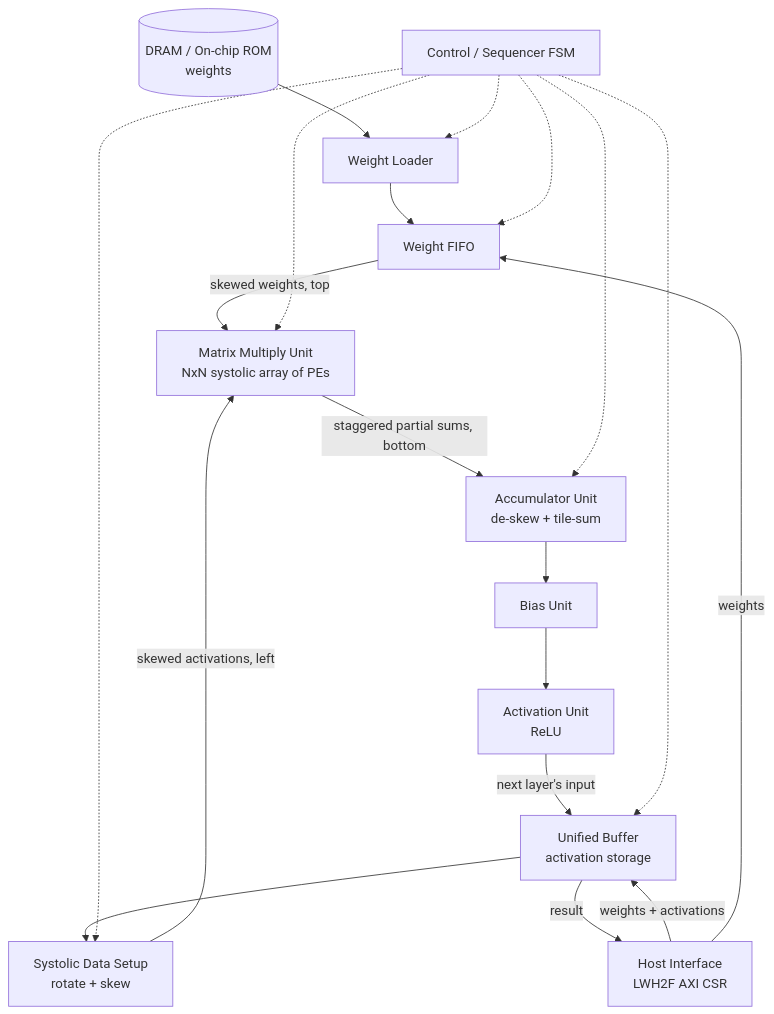
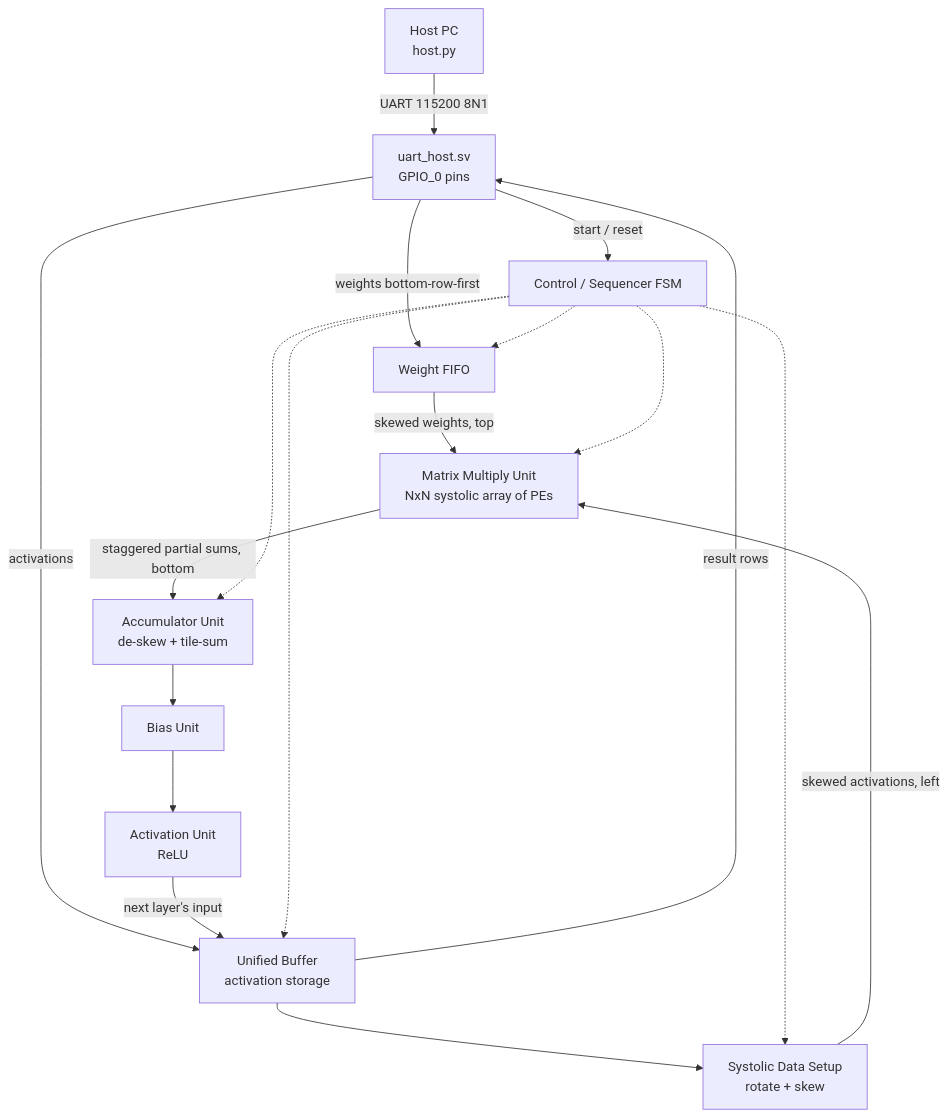
One commit to Murt2005/TPU changed the diagram in README.md. Above: the diagram before and after it, drawn with Mermaid. The commit also changed other lines of this file and 11 other files, not shown here.

````diff
--- a/README.md
+++ b/README.md
@@ -145,21 +147,20 @@
 ```mermaid
 flowchart TB
-    DRAM[(DRAM / On-chip ROM<br/>weights)] --> WLOADER[Weight Loader]
-    WLOADER --> WFIFO[Weight FIFO]
+    PC[Host PC<br/>host.py] -- UART 115200 8N1 --> UART[uart_host.sv<br/>GPIO_0 pins]
+    UART -- weights bottom-row-first --> WFIFO[Weight FIFO]
+    UART -- activations --> UB[Unified Buffer<br/>activation storage]
+    UART -- start / reset --> CTRL[Control / Sequencer FSM]
+    UB -- result rows --> UART
     WFIFO -- skewed weights, top --> MMU[Matrix Multiply Unit<br/>NxN systolic array of PEs]
-    UB[Unified Buffer<br/>activation storage] --> SDS[Systolic Data Setup<br/>rotate + skew]
+    UB --> SDS[Systolic Data Setup<br/>rotate + skew]
     SDS -- skewed activations, left --> MMU
     MMU -- staggered partial sums, bottom --> ACC[Accumulator Unit<br/>de-skew + tile-sum]
     ACC --> BIAS[Bias Unit]
     BIAS --> ACT[Activation Unit<br/>ReLU]
     ACT -- next layer's input --> UB
-    HOST[Host Interface<br/>LWH2F AXI CSR] -- weights + activations --> UB
-    HOST -- weights --> WFIFO
-    UB -- result --> HOST
-    CTRL[Control / Sequencer FSM] -.-> WLOADER
     CTRL -.-> WFIFO
     CTRL -.-> SDS
     CTRL -.-> MMU
     CTRL -.-> ACC
     CTRL -.-> UB
 ```
````
